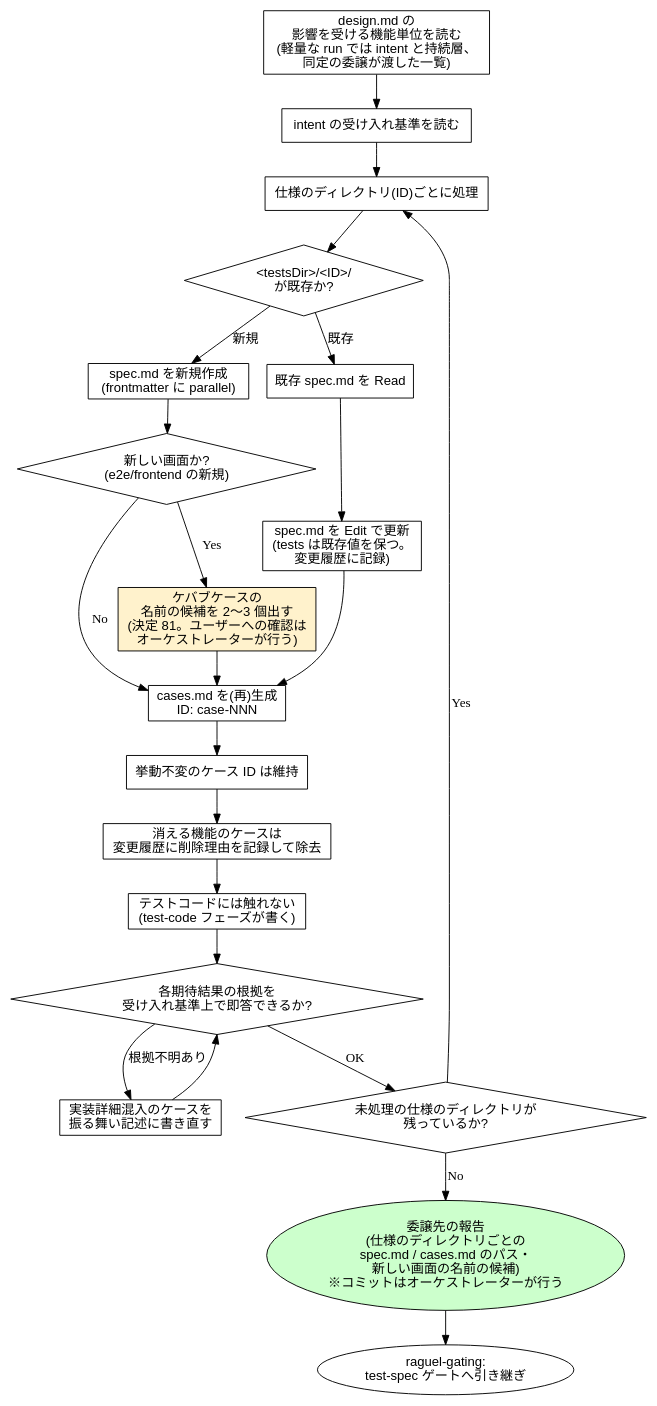
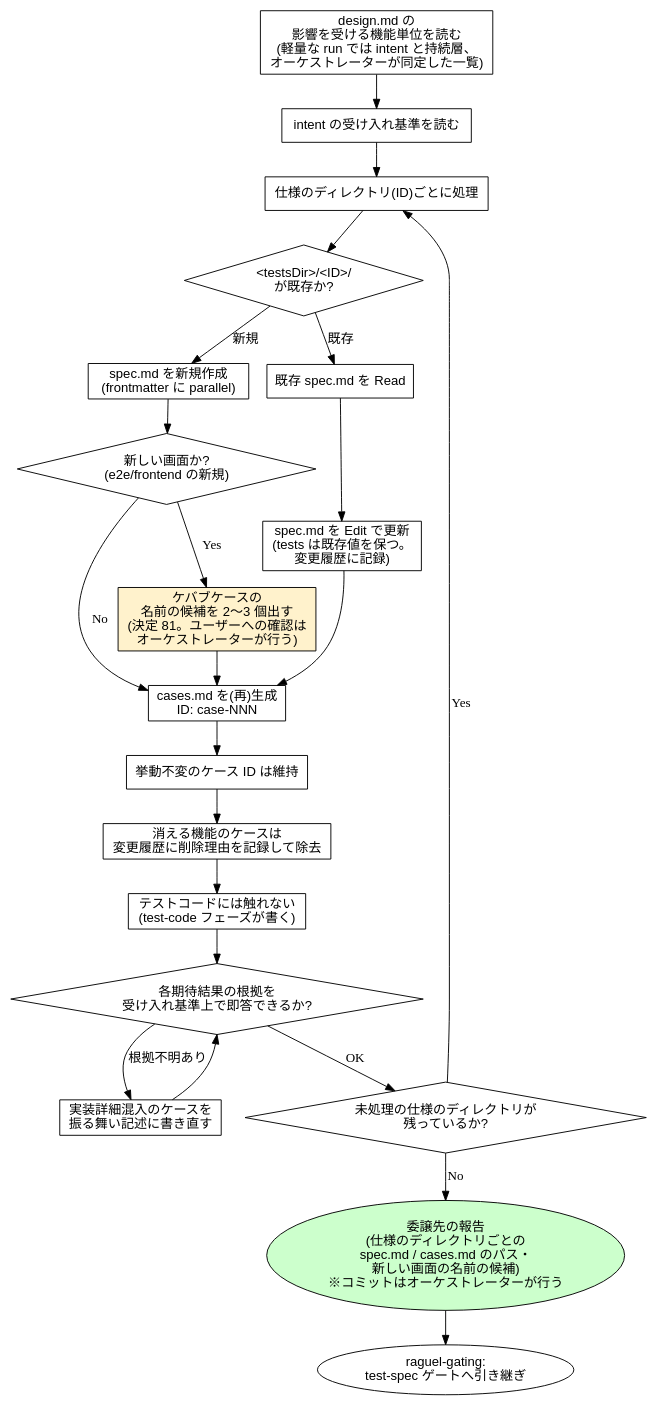
The fourth of 15 diagrams in plugins/codiel/docs/skill-flowcharts.md (Amatsuka-kobo/amatsuka-claude-plugins), drawn with Graphviz before and after one commit. The commit also changed other lines of this file and 7 other files, not shown here.

````diff
--- a/plugins/codiel/docs/skill-flowcharts.md
+++ b/plugins/codiel/docs/skill-flowcharts.md
@@ -106,42 +106,42 @@
 ```dot
 digraph writing_test_specs {
   rankdir=TB;
   node [fontname="sans-serif"];
 
-  read_design [label="design.md の\n影響を受ける機能単位を読む\n(軽量な run では intent と持続層、\n同定の委譲が渡した一覧)", shape=box];
+  read_design [label="design.md の\n影響を受ける機能単位を読む\n(軽量な run では intent と持続層、\nオーケストレーターが同定した一覧)", shape=box];
   read_criteria [label="intent の受け入れ基準を読む", shape=box];
   for_each_unit [label="仕様のディレクトリ(ID)ごとに処理", shape=box];
   exists [label="<testsDir>/<ID>/\nが既存か?", shape=diamond];
   create_spec [label="spec.md を新規作成\n(frontmatter に parallel)", shape=box];
   read_spec [label="既存 spec.md を Read", shape=box];
   update_spec [label="spec.md を Edit で更新\n(tests は既存値を保つ。\n変更履歴に記録)", shape=box];
   gen_cases [label="cases.md を(再)生成\nID: case-NNN", shape=box];
   keep_id [label="挙動不変のケース ID は維持", shape=box];
   removed [label="消える機能のケースは\n変更履歴に削除理由を記録して除去", shape=box];
   no_code [label="テストコードには触れない\n(test-code フェーズが書く)", shape=box];
   new_screen [label="新しい画面か?\n(e2e/frontend の新規)", shape=diamond];
   candidates [label="ケバブケースの\n名前の候補を 2〜3 個出す\n(決定 81。ユーザーへの確認は\nオーケストレーターが行う)", shape=box, style=filled, fillcolor="#fff2cc"];
   selfcheck [label="各期待結果の根拠を\n受け入れ基準上で即答できるか?", shape=diamond];
   fix [label="実装詳細混入のケースを\n振る舞い記述に書き直す", shape=box];
   more_units [label="未処理の仕様のディレクトリが\n残っているか?", shape=diamond];
   done [label="委譲先の報告\n(仕様のディレクトリごとの\nspec.md / cases.md のパス・\n新しい画面の名前の候補)\n※コミットはオーケストレーターが行う", shape=ellipse, style=filled, fillcolor="#ccffcc"];
   gate [label="raguel-gating:\ntest-spec ゲートへ引き継ぎ", shape=ellipse];
 
   read_design -> read_criteria -> for_each_unit -> exists;
   exists -> create_spec [label="新規"];
   exists -> read_spec [label="既存"];
   read_spec -> update_spec;
   create_spec -> new_screen;
   new_screen -> candidates [label="Yes"];
   new_screen -> gen_cases [label="No"];
   candidates -> gen_cases;
   update_spec -> gen_cases;
   gen_cases -> keep_id -> removed -> no_code -> selfcheck;
   selfcheck -> fix [label="根拠不明あり"];
   fix -> selfcheck;
   selfcheck -> more_units [label="OK"];
   more_units -> for_each_unit [label="Yes"];
   more_units -> done [label="No"];
   done -> gate;
 }
 ```
````
